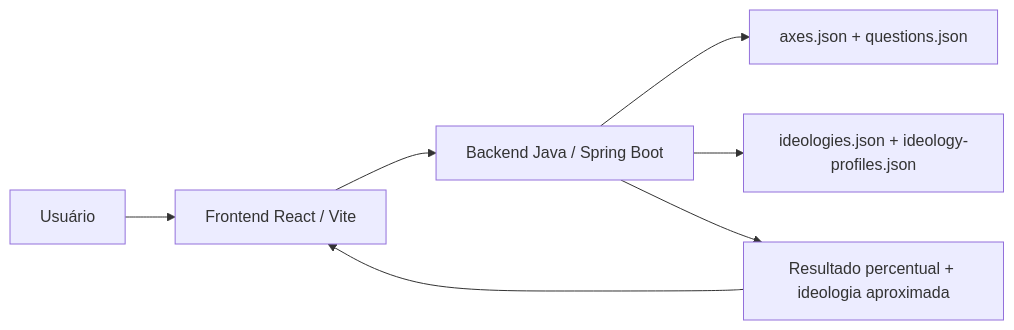
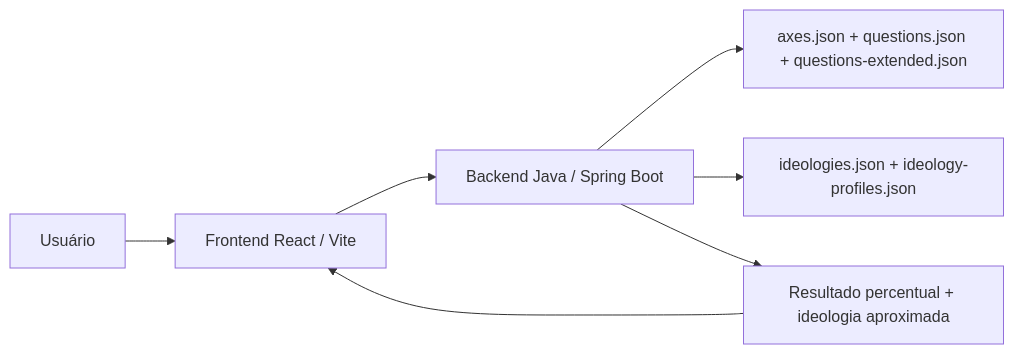
The diagram in README.md (RomanCypherpunk/12axes), drawn with Mermaid before and after one commit. The commit also changed other lines of this file and 18 other files, not shown here.

````diff
--- a/README.md
+++ b/README.md
@@ -103,9 +103,9 @@
 ```mermaid
 flowchart LR
     User["Usuário"] --> React["Frontend React / Vite"]
     React --> API["Backend Java / Spring Boot"]
-    API --> QuizData["axes.json + questions.json"]
+    API --> QuizData["axes.json + questions.json + questions-extended.json"]
     API --> IdeologyData["ideologies.json + ideology-profiles.json"]
     API --> Result["Resultado percentual + ideologia aproximada"]
     Result --> React
 ```
````
